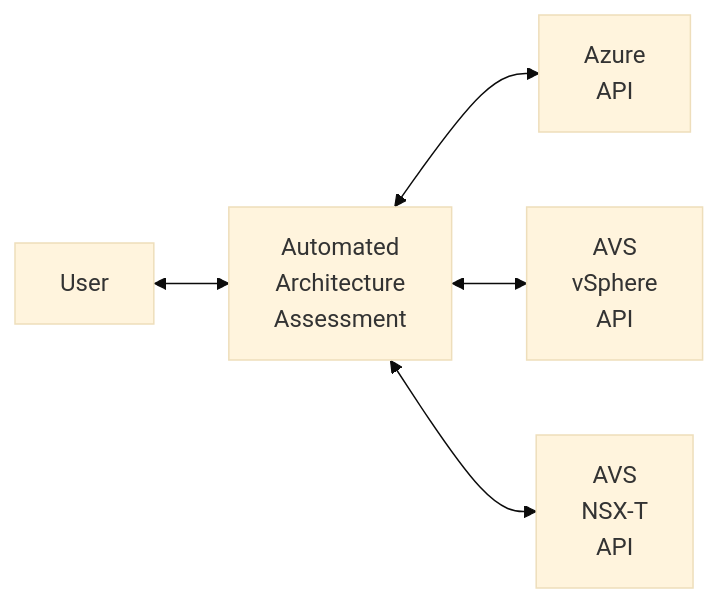
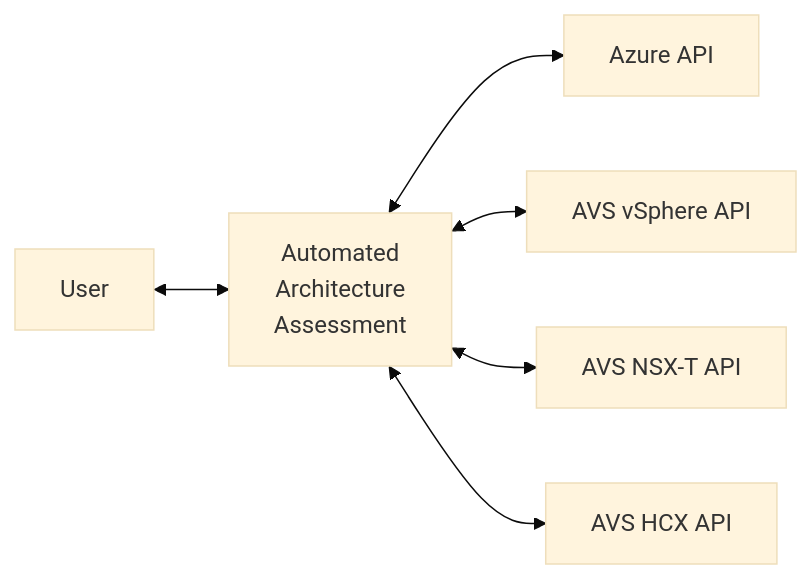
One commit to Azure/Enterprise-Scale-for-AVS changed the diagram in BrownField/Auto-assessment/readme.md. Above: the diagram before and after it, drawn with Mermaid (base theme). The commit also changed other lines of this file and 13 other files, not shown here.

First line of the commit message:
Add HCX support to AVS SDDC assessment scripts (#319)

````diff
--- a/BrownField/Auto-assessment/readme.md
+++ b/BrownField/Auto-assessment/readme.md
@@ -30,15 +30,11 @@
 ```mermaid
 flowchart LR
 
 A[User] <--> B[Automated
 Architecture
 Assessment]
-B <--> C[Azure
-API]
-B <--> D[AVS 
-vSphere
-API]
-B <--> E[AVS
-NSX-T
-API]
+B <--> C[Azure API]
+B <--> D[AVS vSphere API]
+B <--> E[AVS NSX-T API]
+B <--> F[AVS HCX API]
 ```
````
